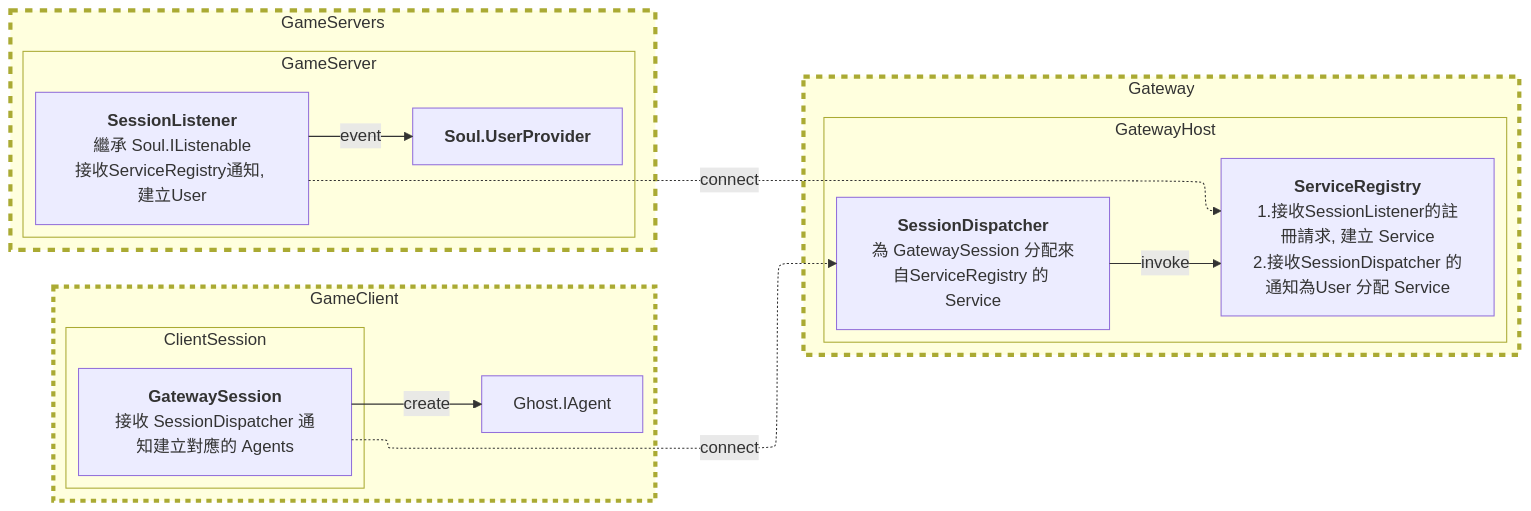
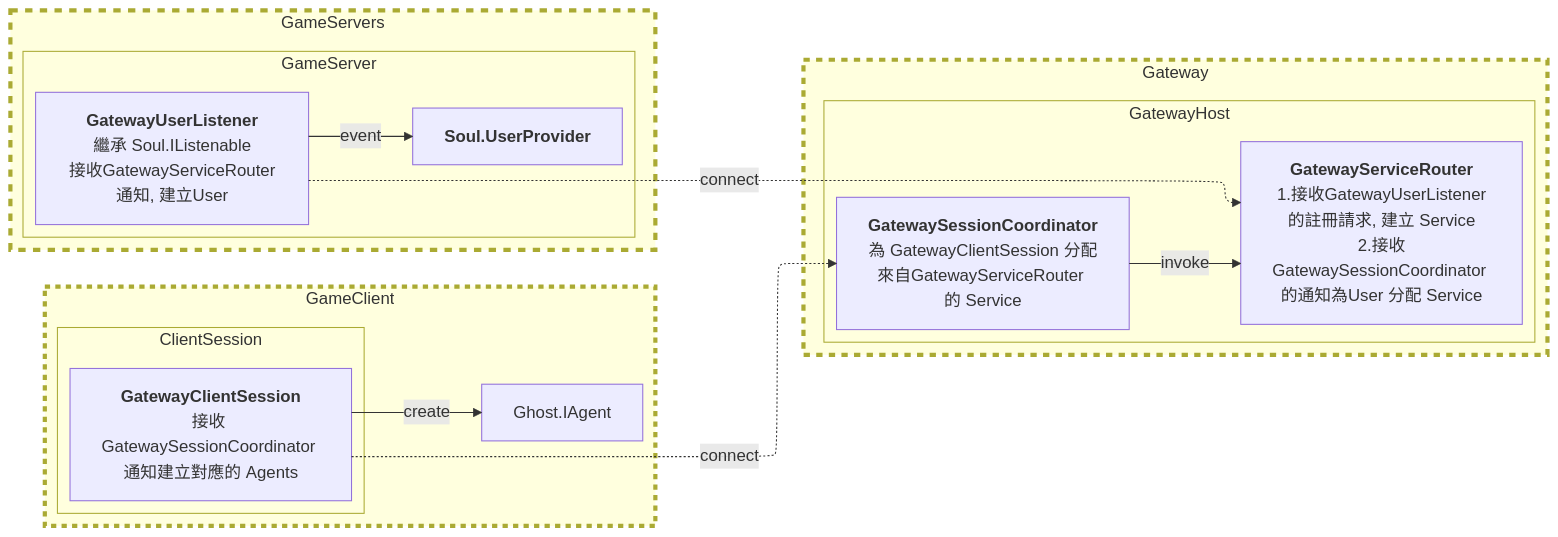
The second of 6 diagrams in PinionCore.Remote.Gateway/design.md (jiowchern/PinionCore.Remote), drawn with Mermaid before and after one commit. The commit also changed other lines of this file and 5 other files, not shown here.

First line of the commit message:
新增 GatewayServiceRouter 和 GatewayUserListener 測試

````diff
--- a/PinionCore.Remote.Gateway/design.md
+++ b/PinionCore.Remote.Gateway/design.md
@@ -27,40 +27,40 @@
 ```mermaid
 ---
 config:
   layout: elk  
 ---
 flowchart LR
  subgraph GatewayHost["GatewayHost"]
-        SessionDispatcher@{ label: "<b>SessionDispatcher<br></b>為 GatewaySession 分配來自<b></b><span style=\"font-weight:\">ServiceRegistry 的 Service</span>" }
-        ServiceRegistry@{ label: "<b>ServiceRegistry</b><br>1.接收<span style=\"--tw-scale-x:\">SessionListener的註冊請求, 建立 Service</span><br>2.接收<span style=\"--tw-scale-x:\">SessionDispatcher 的通知為User 分配 Service</span><br>" }
+        GatewaySessionCoordinator@{ label: "<b>GatewaySessionCoordinator<br></b>為 GatewayClientSession 分配來自<b></b><span style=\"font-weight:\">GatewayServiceRouter 的 Service</span>" }
+        GatewayServiceRouter@{ label: "<b>GatewayServiceRouter</b><br>1.接收<span style=\"--tw-scale-x:\">GatewayUserListener的註冊請求, 建立 Service</span><br>2.接收<span style=\"--tw-scale-x:\">GatewaySessionCoordinator 的通知為User 分配 Service</span><br>" }
   end
  subgraph ClientSession["ClientSession"]
-        GatewaySession["<b>GatewaySession</b><br>接收 SessionDispatcher 通知建立對應的 Agents"]
+        GatewayClientSession["<b>GatewayClientSession</b><br>接收 GatewaySessionCoordinator 通知建立對應的 Agents"]
   end
  subgraph GameClient["GameClient"]
         Agent["Ghost.IAgent"]
         ClientSession
   end
  subgraph Gateway["Gateway"]
         GatewayHost
   end
  subgraph GameServers["GameServers"]
         GameServer["GameServer2"]
   end
  subgraph GameServer["GameServer"]
         UserProvider["<b>Soul.UserProvider</b>"]
-        SessionListener@{ label: "<b>SessionListener</b><br>繼承 Soul.IListenable<br>接收<span style=\"font-weight:\">ServiceRegistry通知, 建立User</span>" }
+        GatewayUserListener@{ label: "<b>GatewayUserListener</b><br>繼承 Soul.IListenable<br>接收<span style=\"font-weight:\">GatewayServiceRouter通知, 建立User</span>" }
   end
-    GatewaySession -. connect .-> SessionDispatcher
-    GatewaySession -- create --> Agent
-    SessionDispatcher -- invoke --> ServiceRegistry
-    SessionListener -- event --> UserProvider
-    SessionListener -. connect .-> ServiceRegistry
-    SessionDispatcher@{ shape: rect}
-    ServiceRegistry@{ shape: rect}
-    SessionListener@{ shape: rect}
+    GatewayClientSession -. connect .-> GatewaySessionCoordinator
+    GatewayClientSession -- create --> Agent
+    GatewaySessionCoordinator -- invoke --> GatewayServiceRouter
+    GatewayUserListener -- event --> UserProvider
+    GatewayUserListener -. connect .-> GatewayServiceRouter
+    GatewaySessionCoordinator@{ shape: rect}
+    GatewayServiceRouter@{ shape: rect}
+    GatewayUserListener@{ shape: rect}
     style GameClient stroke-width:4px,stroke-dasharray: 5
     style Gateway stroke-width:4px,stroke-dasharray: 6
     style GameServers stroke-width:4px,stroke-dasharray: 7
 
 ```
````
